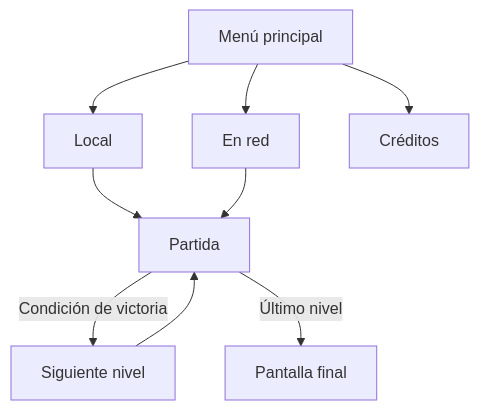
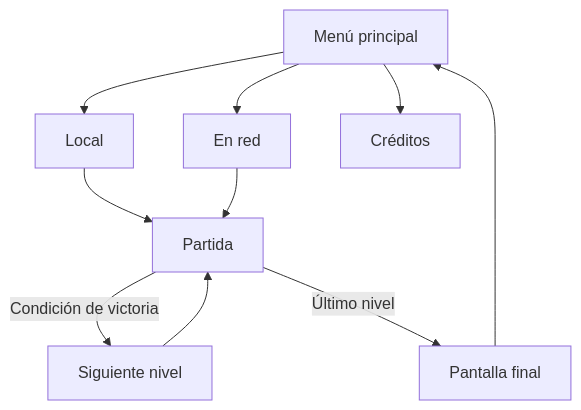
One commit to YC2025H/JUEGO_EN_RED changed the diagram in GDD.md. Above: the diagram before and after it, drawn with Mermaid. The commit also changed other lines of this file and 3 other files, not shown here.

````diff
--- a/GDD.md
+++ b/GDD.md
@@ -139,12 +143,13 @@
 ```mermaid
 flowchart TD
     A[Menú principal]
     A --> B[Local]
     A --> C[En red]
     A --> D[Créditos]
     B --> E[Partida]
     C --> E
     E --> |Condición de victoria| F[Siguiente nivel]
     F --> E
     E --> |Último nivel| G[Pantalla final]
+    G --> A
 ```
````
